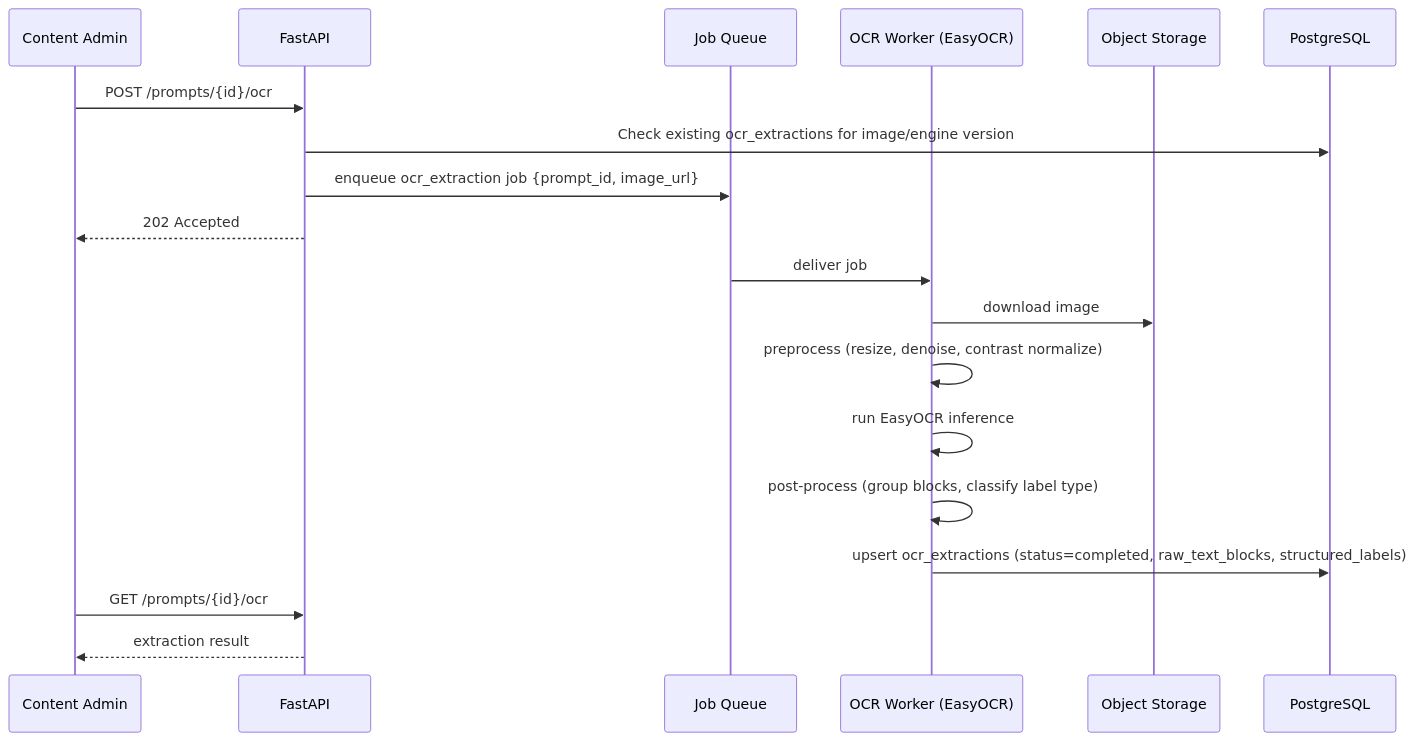
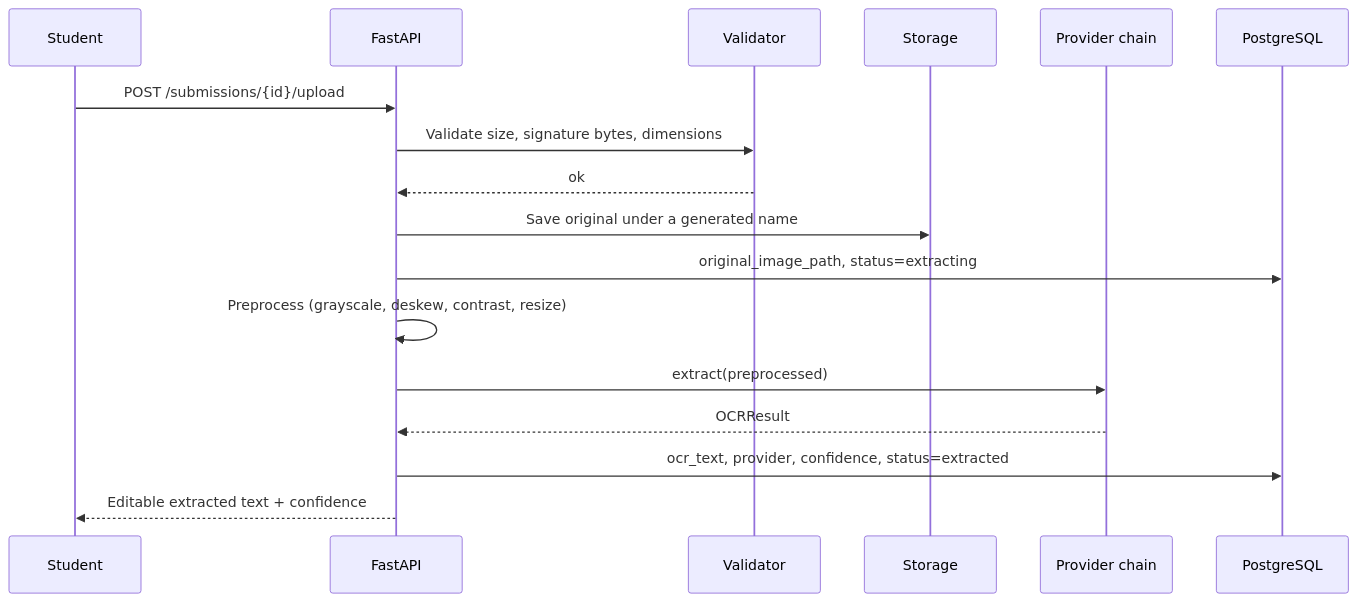
One commit to rayhandevcs-tech/graphmaster-ai changed the second of 2 diagrams in docs/architecture/07-ocr-architecture.md. Above: the diagram before and after it, drawn with Mermaid. The commit also changed other lines of this file and 13 other files, not shown here.

First line of the commit message:
docs: realign architecture to product specification, add plan and SRS

````diff
--- a/docs/architecture/07-ocr-architecture.md
+++ b/docs/architecture/07-ocr-architecture.md
@@ -11,22 +85,20 @@
 ```mermaid
 sequenceDiagram
-    participant Admin as Content Admin
+    participant S as Student
     participant API as FastAPI
-    participant Q as Job Queue
-    participant W as OCR Worker (EasyOCR)
-    participant Obj as Object Storage
+    participant V as Validator
+    participant St as Storage
+    participant C as Provider chain
     participant DB as PostgreSQL
 
-    Admin->>API: POST /prompts/{id}/ocr
-    API->>DB: Check existing ocr_extractions for image/engine version
-    API->>Q: enqueue ocr_extraction job {prompt_id, image_url}
-    API-->>Admin: 202 Accepted
-    Q->>W: deliver job
-    W->>Obj: download image
-    W->>W: preprocess (resize, denoise, contrast normalize)
-    W->>W: run EasyOCR inference
-    W->>W: post-process (group blocks, classify label type)
-    W->>DB: upsert ocr_extractions (status=completed, raw_text_blocks, structured_labels)
-    Admin->>API: GET /prompts/{id}/ocr
-    API-->>Admin: extraction result
+    S->>API: POST /submissions/{id}/upload
+    API->>V: Validate size, signature bytes, dimensions
+    V-->>API: ok
+    API->>St: Save original under a generated name
+    API->>DB: original_image_path, status=extracting
+    API->>API: Preprocess (grayscale, deskew, contrast, resize)
+    API->>C: extract(preprocessed)
+    C-->>API: OCRResult
+    API->>DB: ocr_text, provider, confidence, status=extracted
+    API-->>S: Editable extracted text + confidence
 ```
````
